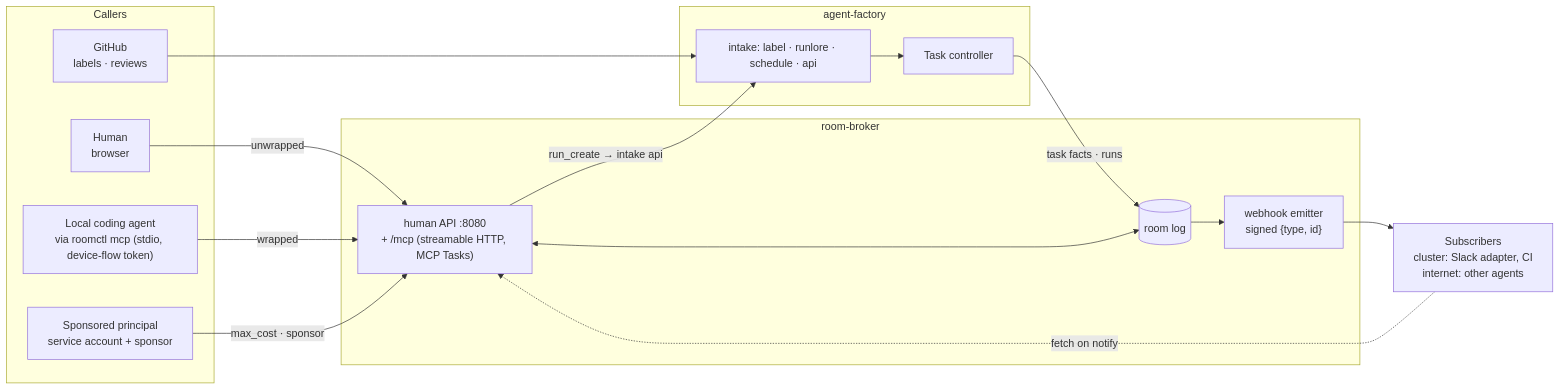
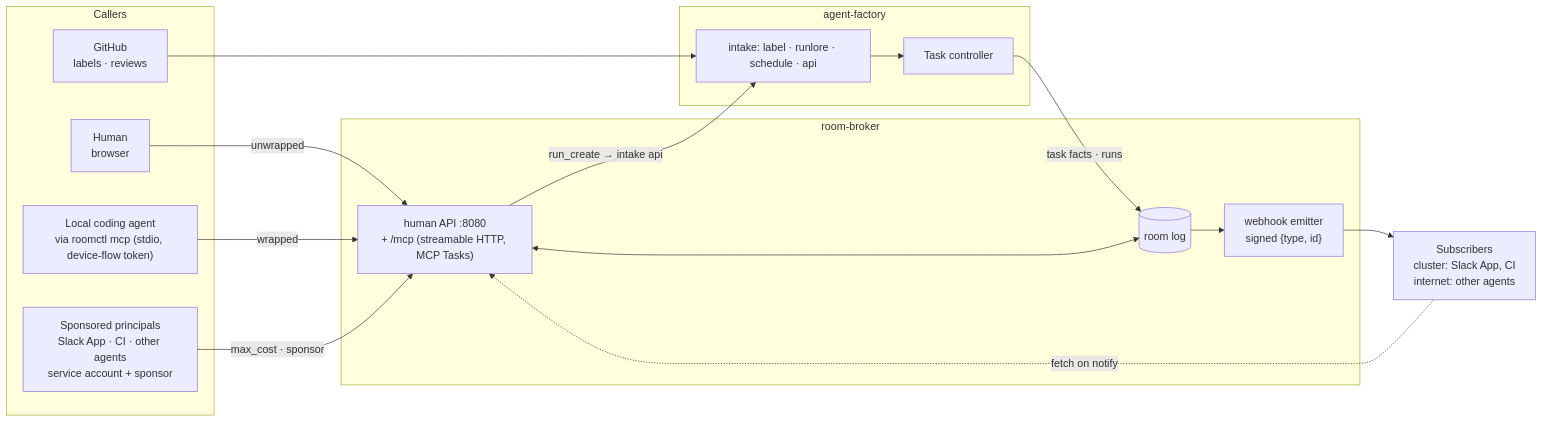
One commit to Smana/ai-native-ref changed the diagram in docs/superpowers/specs/2026-10-21-factory-interfaces-design.md. Above: the diagram before and after it, drawn with Mermaid. The commit also changed other lines of this file and 6 other files, not shown here.

First line of the commit message:
docs(v3): record the owner's decisions and carry them to the roadmap

````diff
--- a/docs/superpowers/specs/2026-10-21-factory-interfaces-design.md
+++ b/docs/superpowers/specs/2026-10-21-factory-interfaces-design.md
@@ -47,28 +47,28 @@
 ```mermaid
 flowchart LR
   subgraph callers["Callers"]
     H["Human<br/>browser"]
     LA["Local coding agent<br/>via roomctl mcp (stdio, device-flow token)"]
-    SP["Sponsored principal<br/>service account + sponsor"]
+    SP["Sponsored principals<br/>Slack App · CI · other agents<br/>service account + sponsor"]
     GH["GitHub<br/>labels · reviews"]
   end
   subgraph broker["room-broker"]
     HAPI["human API :8080<br/>+ /mcp (streamable HTTP, MCP Tasks)"]
     LOG[("room log")]
     WH["webhook emitter<br/>signed {type, id}"]
   end
   subgraph factory["agent-factory"]
     IN["intake: label · runlore · schedule · api"]
     CTL["Task controller"]
   end
   H -->|"unwrapped"| HAPI
   LA -->|"wrapped"| HAPI
   SP -->|"max_cost · sponsor"| HAPI
   GH --> IN
   HAPI -->|"run_create → intake api"| IN --> CTL
   CTL -->|"task facts · runs"| LOG
   HAPI <--> LOG
   LOG --> WH
-  WH --> SUB["Subscribers<br/>cluster: Slack adapter, CI<br/>internet: other agents"]
+  WH --> SUB["Subscribers<br/>cluster: Slack App, CI<br/>internet: other agents"]
   SUB -.->|"fetch on notify"| HAPI
 ```
````
